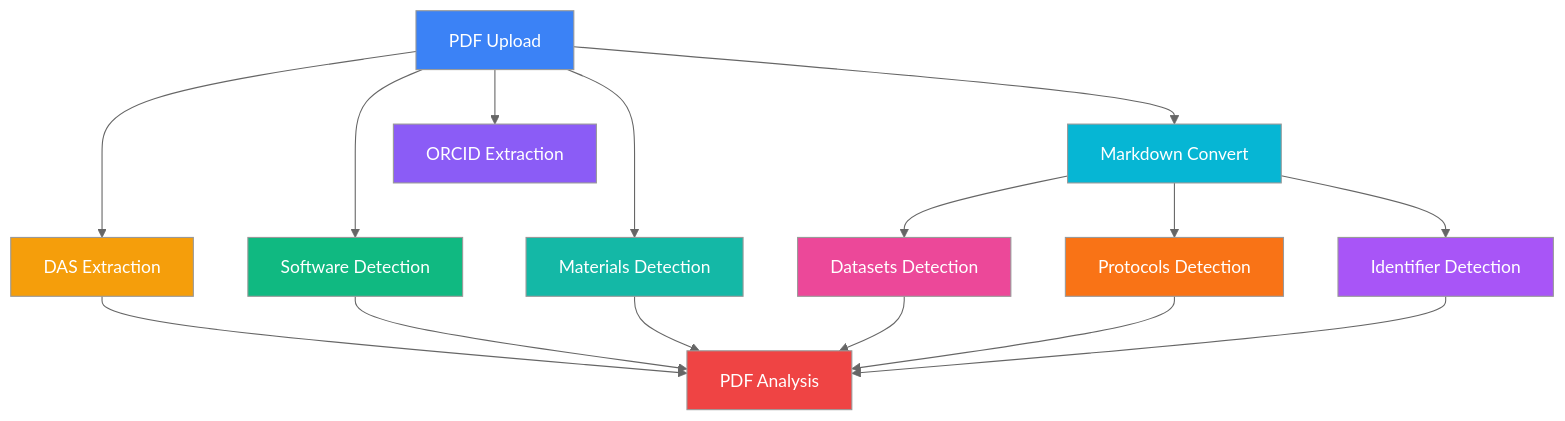
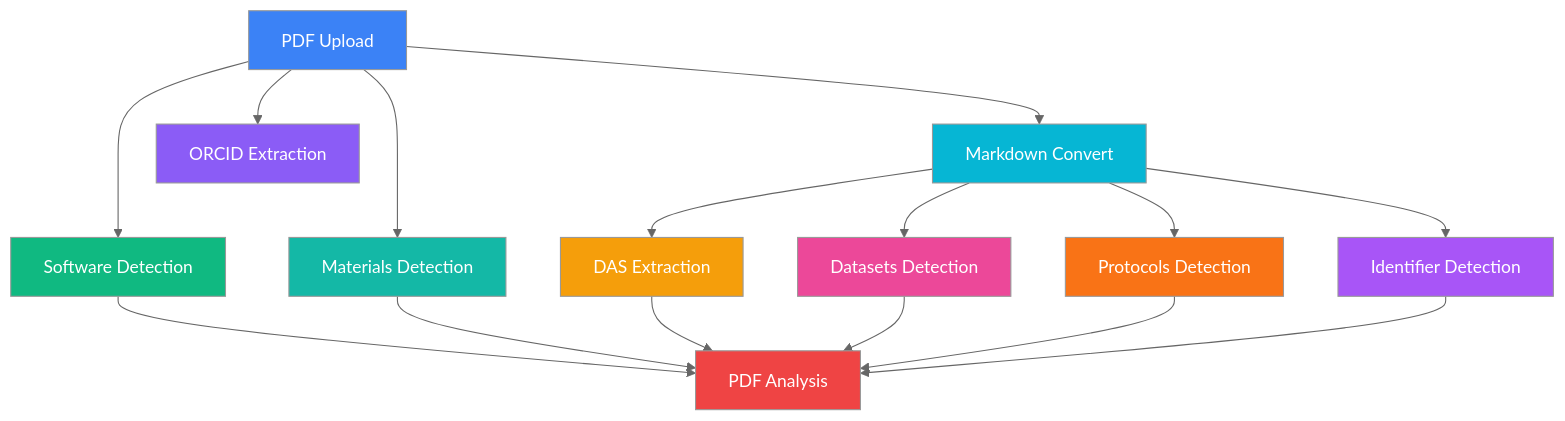
One commit to DataSeer/asap-kr-sync changed the fourth of 4 diagrams in docs/architecture.md. Above: the diagram before and after it, drawn with Mermaid (neutral theme). The commit also changed 17 other files, not shown here.

````diff
--- a/docs/architecture.md
+++ b/docs/architecture.md
@@ -159,28 +159,28 @@
 ```mermaid
 graph TD
-    PDF[PDF Upload] --> DAS[DAS Extraction]
-    PDF --> SW[Software Detection]
+    PDF[PDF Upload] --> SW[Software Detection]
     PDF --> ORCID[ORCID Extraction]
     PDF --> MAT[Materials Detection]
     PDF --> MD[Markdown Convert]
+    MD --> DAS[DAS Extraction]
     MD --> DS[Datasets Detection]
     MD --> PROT[Protocols Detection]
     MD --> ID[Identifier Detection]
     DAS --> PA[PDF Analysis]
     SW --> PA
     DS --> PA
     MAT --> PA
     PROT --> PA
     ID --> PA
 
     style PDF fill:#3b82f6,color:#fff
     style DAS fill:#f59e0b,color:#fff
     style SW fill:#10b981,color:#fff
     style ORCID fill:#8b5cf6,color:#fff
     style MD fill:#06b6d4,color:#fff
     style DS fill:#ec4899,color:#fff
     style MAT fill:#14b8a6,color:#fff
     style PROT fill:#f97316,color:#fff
     style ID fill:#a855f7,color:#fff
     style PA fill:#ef4444,color:#fff
 ```
````
